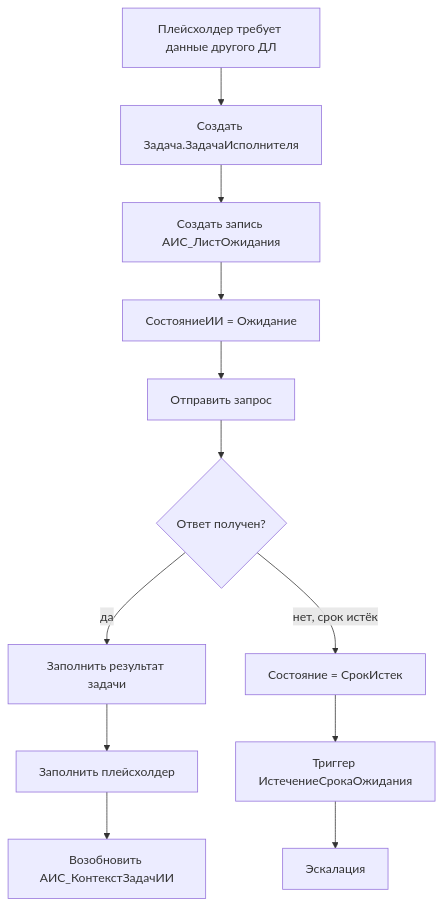
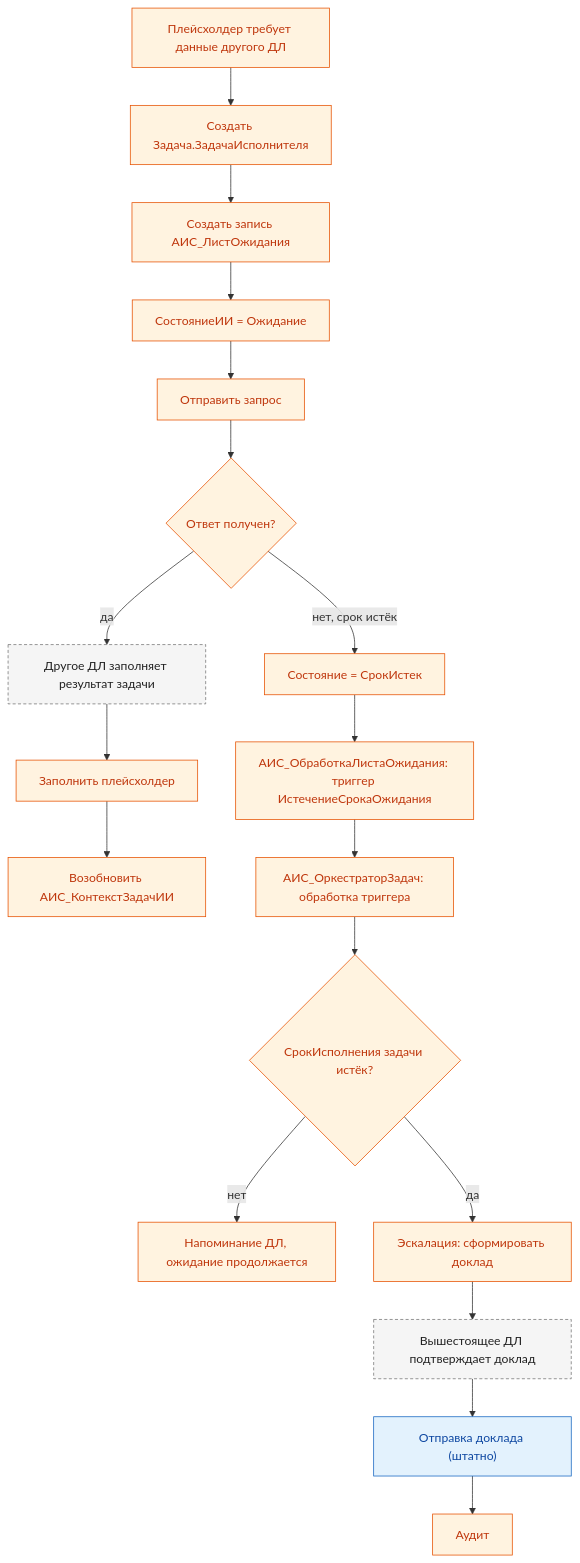
One commit to igorvolk1961/ai_scrivener changed the sixth of 16 diagrams in docs/process-diagrams.md. Above: the diagram before and after it, drawn with Mermaid. The commit also changed other lines of this file and 16 other files, not shown here.

First line of the commit message:
Reorganize docs, add C4 model and color process diagrams

````diff
--- a/docs/process-diagrams.md
+++ b/docs/process-diagrams.md
@@ -184,14 +238,26 @@
 ```mermaid
 flowchart TD
   A["Плейсхолдер требует данные другого ДЛ"] --> B["Создать Задача.ЗадачаИсполнителя"]
   B --> C["Создать запись АИС_ЛистОжидания"]
   C --> D["СостояниеИИ = Ожидание"]
   D --> E["Отправить запрос"]
   E --> F{"Ответ получен?"}
-  F -->|"да"| G["Заполнить результат задачи"]
+  F -->|"да"| G["Другое ДЛ заполняет результат задачи"]
   G --> H["Заполнить плейсхолдер"]
   H --> I["Возобновить АИС_КонтекстЗадачИИ"]
   F -->|"нет, срок истёк"| J["Состояние = СрокИстек"]
-  J --> K["Триггер ИстечениеСрокаОжидания"]
-  K --> L["Эскалация"]
+  J --> K["АИС_ОбработкаЛистаОжидания: триггер ИстечениеСрокаОжидания"]
+  K --> L["АИС_ОркестраторЗадач: обработка триггера"]
+  L --> P{"СрокИсполнения задачи истёк?"}
+  P -->|"нет"| Q["Напоминание ДЛ, ожидание продолжается"]
+  P -->|"да"| R["Эскалация: сформировать доклад"]
+  R --> M["Вышестоящее ДЛ подтверждает доклад"]
+  M --> N["Отправка доклада (штатно)"]
+  N --> O["Аудит"]
+  classDef base fill:#E3F2FD,stroke:#1565C0,color:#0D47A1
+  classDef ext fill:#FFF3E0,stroke:#E65100,color:#BF360C
+  classDef manual fill:#F5F5F5,stroke:#757575,color:#212121,stroke-dasharray: 4 3
+  class A,B,C,D,E,F,H,I,J,K,L,O,P,Q,R ext
+  class G,M manual
+  class N base
 ```
````
